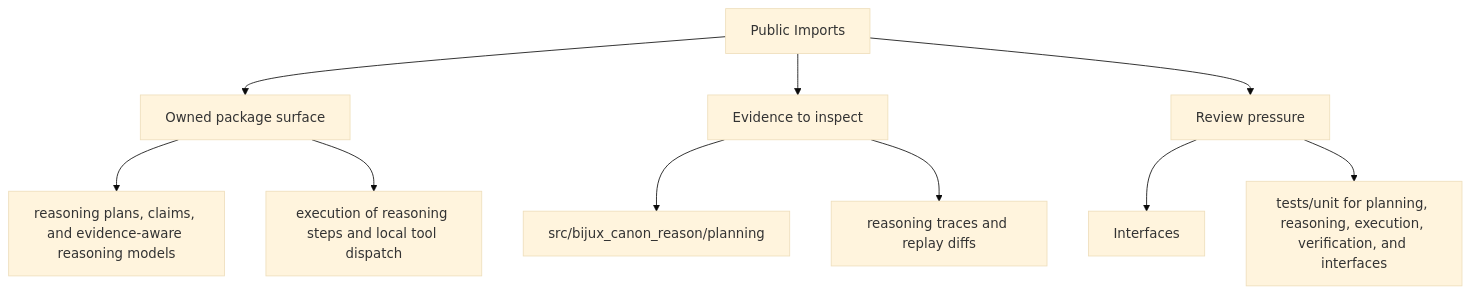
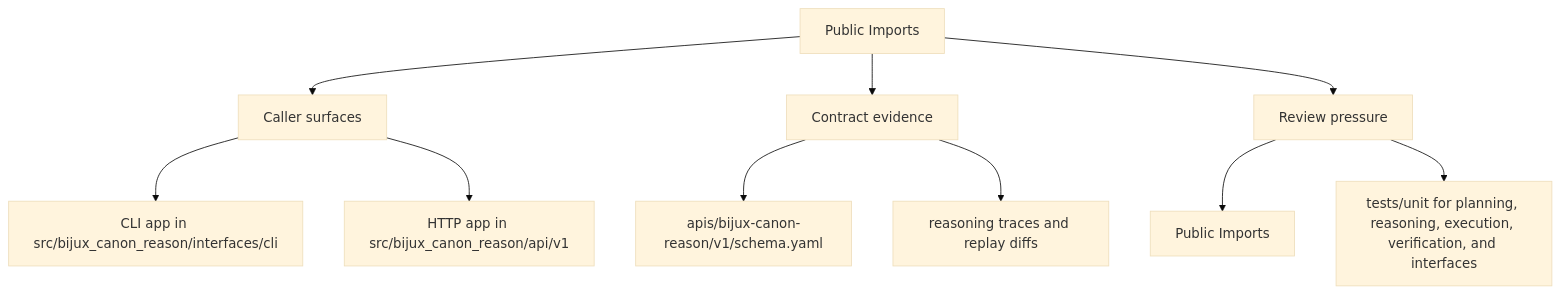
One commit to bijux/bijux-canon changed the second of 2 diagrams in docs/bijux-canon-reason/interfaces/public-imports.md. Above: the diagram before and after it, drawn with Mermaid (base theme). The commit also changed other lines of this file and 250 other files, not shown here.

Commit message:
docs(diagrams): make product page maps more readable

````diff
--- a/docs/bijux-canon-reason/interfaces/public-imports.md
+++ b/docs/bijux-canon-reason/interfaces/public-imports.md
@@ -35,22 +35,22 @@
 ```mermaid
 flowchart TD
     page["Public Imports"]
-    focus1["Owned package surface"]
+    focus1["Caller surfaces"]
     page --> focus1
-    focus1_1["reasoning plans, claims, and evidence-aware reasoning models"]
+    focus1_1["CLI app in src/bijux_canon_reason/interfaces/cli"]
     focus1 --> focus1_1
-    focus1_2["execution of reasoning steps and local tool dispatch"]
+    focus1_2["HTTP app in src/bijux_canon_reason/api/v1"]
     focus1 --> focus1_2
-    focus2["Evidence to inspect"]
+    focus2["Contract evidence"]
     page --> focus2
-    focus2_1["src/bijux_canon_reason/planning"]
+    focus2_1["apis/bijux-canon-reason/v1/schema.yaml"]
     focus2 --> focus2_1
     focus2_2["reasoning traces and replay diffs"]
     focus2 --> focus2_2
     focus3["Review pressure"]
     page --> focus3
-    focus3_1["Interfaces"]
+    focus3_1["Public Imports"]
     focus3 --> focus3_1
     focus3_2["tests/unit for planning, reasoning, execution, verification, and interfaces"]
     focus3 --> focus3_2
 ```
````
